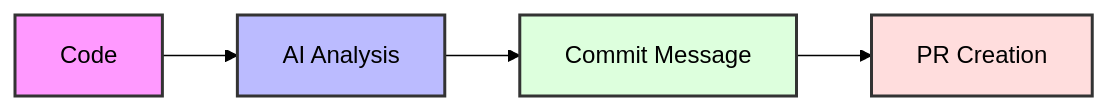
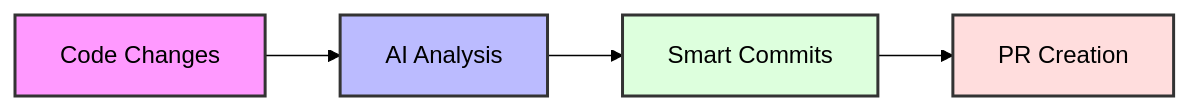
The diagram in README.md (kvy-technology/CommitPilot), drawn with Mermaid (forest theme) before and after one commit. The commit also changed other lines of this file and 2 other files, not shown here.

````diff
--- a/README.md
+++ b/README.md
@@ -7,11 +7,11 @@
 ```mermaid
 graph LR
-    A[Code] --> B[AI Analysis]
-    B --> C[Commit Message]
+    A[Code Changes] --> B[AI Analysis]
+    B --> C[Smart Commits]
     C --> D[PR Creation]
     
     style A fill:#f9f,stroke:#333,stroke-width:2px
     style B fill:#bbf,stroke:#333,stroke-width:2px
     style C fill:#dfd,stroke:#333,stroke-width:2px
     style D fill:#fdd,stroke:#333,stroke-width:2px
 ```
````
